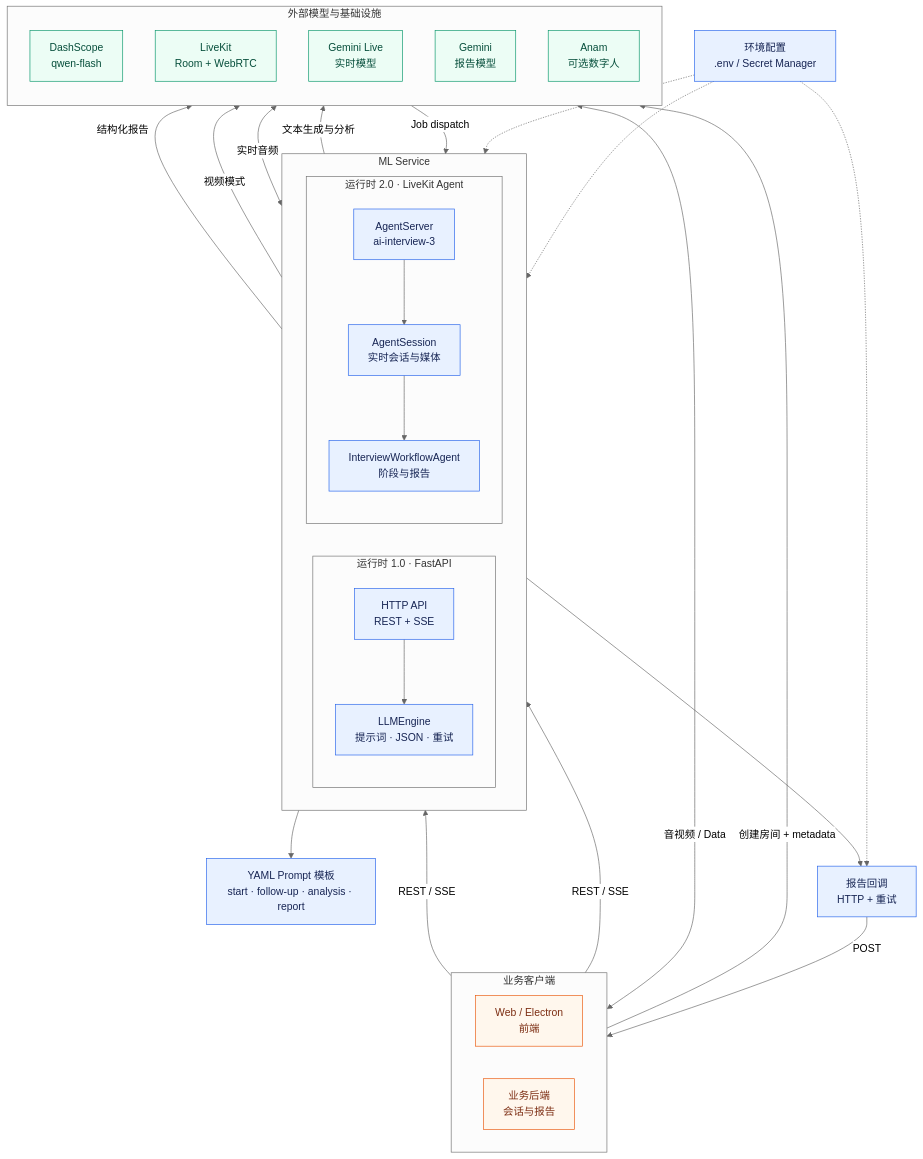
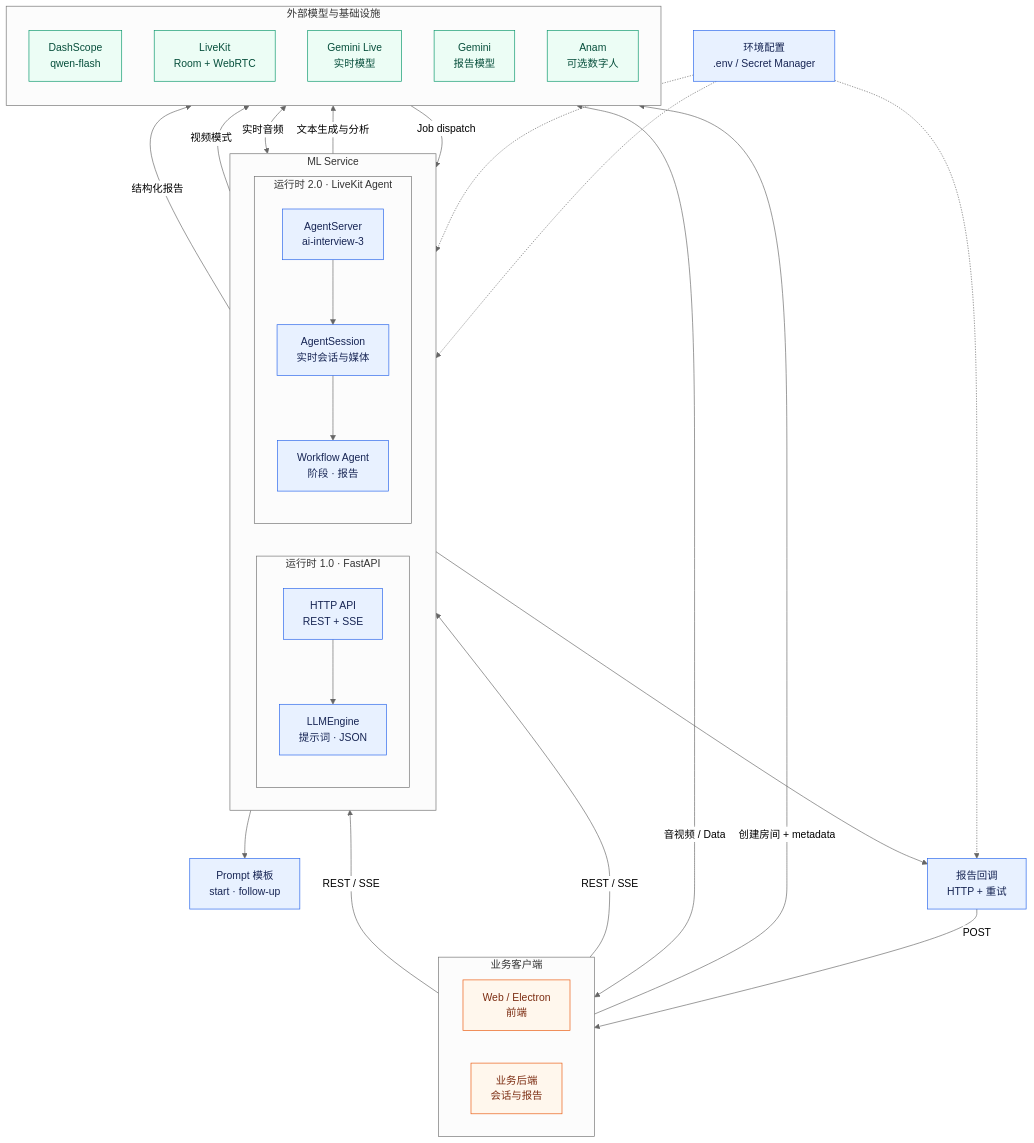
The diagram in ml-service/README.md (QuasarHeart/ai-interview-simulator), drawn with Mermaid (neutral theme) before and after one commit.

Commit message:
docs: shorten Mermaid architecture labels

````diff
--- a/ml-service/README.md
+++ b/ml-service/README.md
@@ -24,61 +24,61 @@
 ```mermaid
 flowchart TB
     subgraph CLIENTS["业务客户端"]
         direction LR
         WEB["Web / Electron<br/>前端"]
         BACKEND["业务后端<br/>会话与报告"]
     end
 
     subgraph RUNTIMES["ML Service"]
         direction LR
         subgraph HTTP["运行时 1.0 · FastAPI"]
             direction TB
             API["HTTP API<br/>REST + SSE"]
-            ENGINE["LLMEngine<br/>提示词 · JSON · 重试"]
+            ENGINE["LLMEngine<br/>提示词 · JSON"]
             API --> ENGINE
         end
         subgraph REALTIME["运行时 2.0 · LiveKit Agent"]
             direction TB
             WORKER["AgentServer<br/>ai-interview-3"]
             SESSION["AgentSession<br/>实时会话与媒体"]
-            WORKFLOW["InterviewWorkflowAgent<br/>阶段与报告"]
+            WORKFLOW["Workflow Agent<br/>阶段 · 报告"]
             WORKER --> SESSION --> WORKFLOW
         end
     end
 
     subgraph PROVIDERS["外部模型与基础设施"]
         direction TB
         DASHSCOPE["DashScope<br/>qwen-flash"]
         LIVEKIT["LiveKit<br/>Room + WebRTC"]
         GEMINI["Gemini Live<br/>实时模型"]
         REPORT["Gemini<br/>报告模型"]
         ANAM["Anam<br/>可选数字人"]
     end
 
-    PROMPTS["YAML Prompt 模板<br/>start · follow-up · analysis · report"]
+    PROMPTS["Prompt 模板<br/>start · follow-up"]
     CALLBACK["报告回调<br/>HTTP + 重试"]
     CONFIG["环境配置<br/>.env / Secret Manager"]
 
     WEB -->|"REST / SSE"| API
     BACKEND -->|"REST / SSE"| API
     BACKEND -->|"创建房间 + metadata"| LIVEKIT
     WEB <-->|"音视频 / Data"| LIVEKIT
     LIVEKIT -->|"Job dispatch"| WORKER
     ENGINE -->|"文本生成与分析"| DASHSCOPE
     ENGINE --> PROMPTS
     SESSION <-->|"实时音频"| GEMINI
     SESSION -->|"视频模式"| ANAM
     WORKFLOW -->|"结构化报告"| REPORT
     WORKFLOW --> CALLBACK
     CALLBACK -->|"POST"| BACKEND
     CONFIG -.-> API
     CONFIG -.-> WORKER
     CONFIG -.-> CALLBACK
 
     classDef runtime fill:#e8f1ff,stroke:#2563eb,color:#172554
     classDef provider fill:#ecfdf5,stroke:#059669,color:#064e3b
     classDef external fill:#fff7ed,stroke:#ea580c,color:#7c2d12
     class API,ENGINE,WORKER,SESSION,WORKFLOW,PROMPTS,CALLBACK,CONFIG runtime
     class DASHSCOPE,LIVEKIT,GEMINI,REPORT,ANAM provider
     class WEB,BACKEND external
 ```
````
